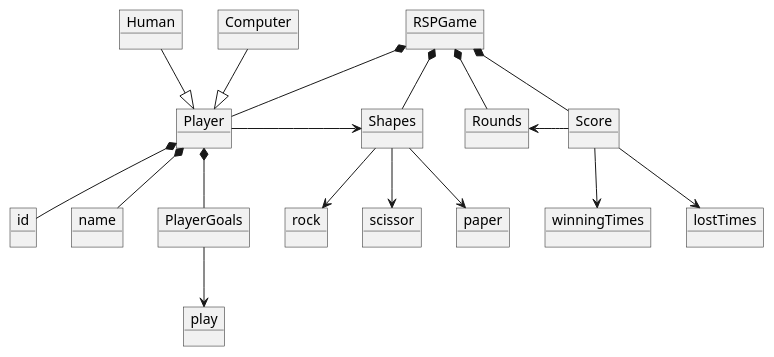
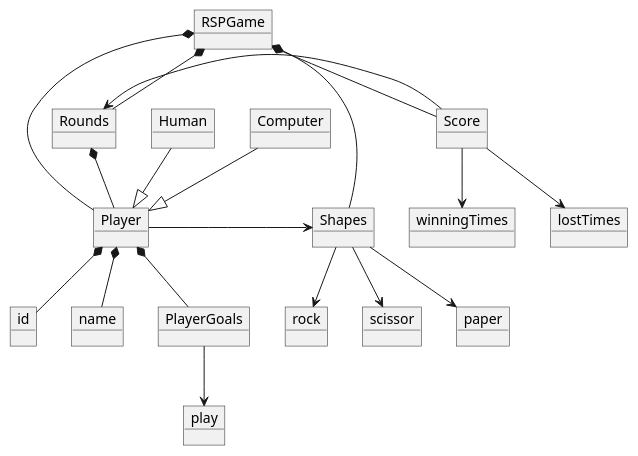
Before and after one commit to andrescordovatelus/RSPGame: the diagram in RSPGame/docs/rsp.plantuml, drawn with PlantUML. The commit also changed 1 other file, not shown here.

Commit message:
Update: diagrams

```diff
--- a/RSPGame/docs/rsp.plantuml
+++ b/RSPGame/docs/rsp.plantuml
@@ -1,45 +1,46 @@
 @startuml RockScissorPaper
 
 object RSPGame
     object Player
         object id
         object name
         object PlayerGoals
             object play
             
     object Human
     object Computer
 
     object Shapes
         object rock
         object scissor
         object paper
     object Score
         object winningTimes
         object lostTimes
     object Rounds
 
     RSPGame *-- Player
     RSPGame *-- Rounds
+    Rounds *-- Player
     RSPGame *-- Shapes
     RSPGame *-- Score
 
     Player *-- id
     Player *-- name
     Player *-- PlayerGoals
     Player -right-> Shapes
 
     PlayerGoals --> play
 
     Human -down-|> Player
     Computer -down-|> Player
 
     Shapes --> rock
     Shapes --> paper
     Shapes --> scissor
 
     Score --> winningTimes
     Score --> lostTimes
 
     Score -left-> Rounds
 @enduml
```
